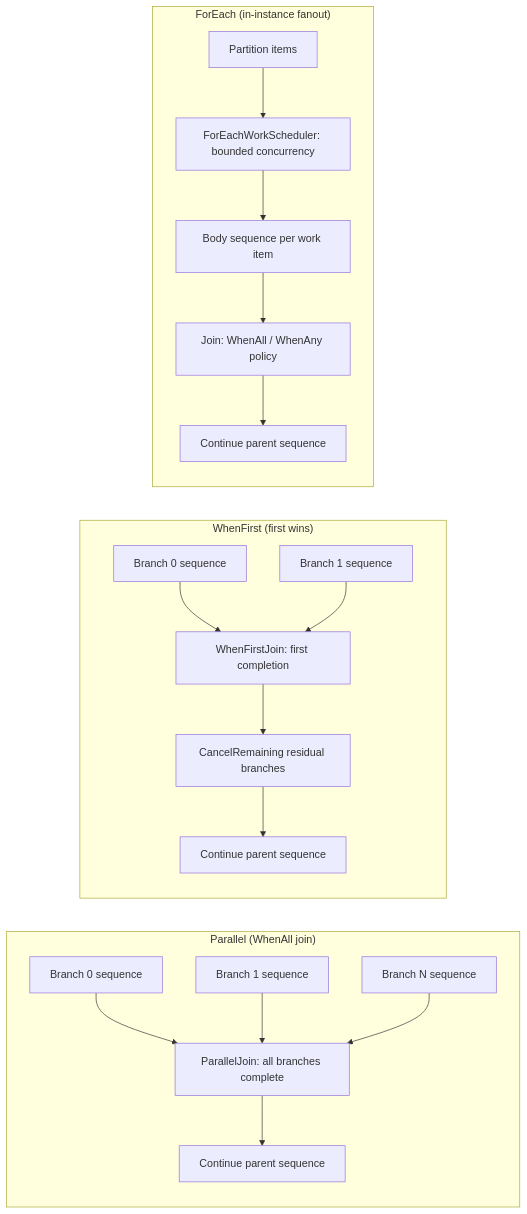
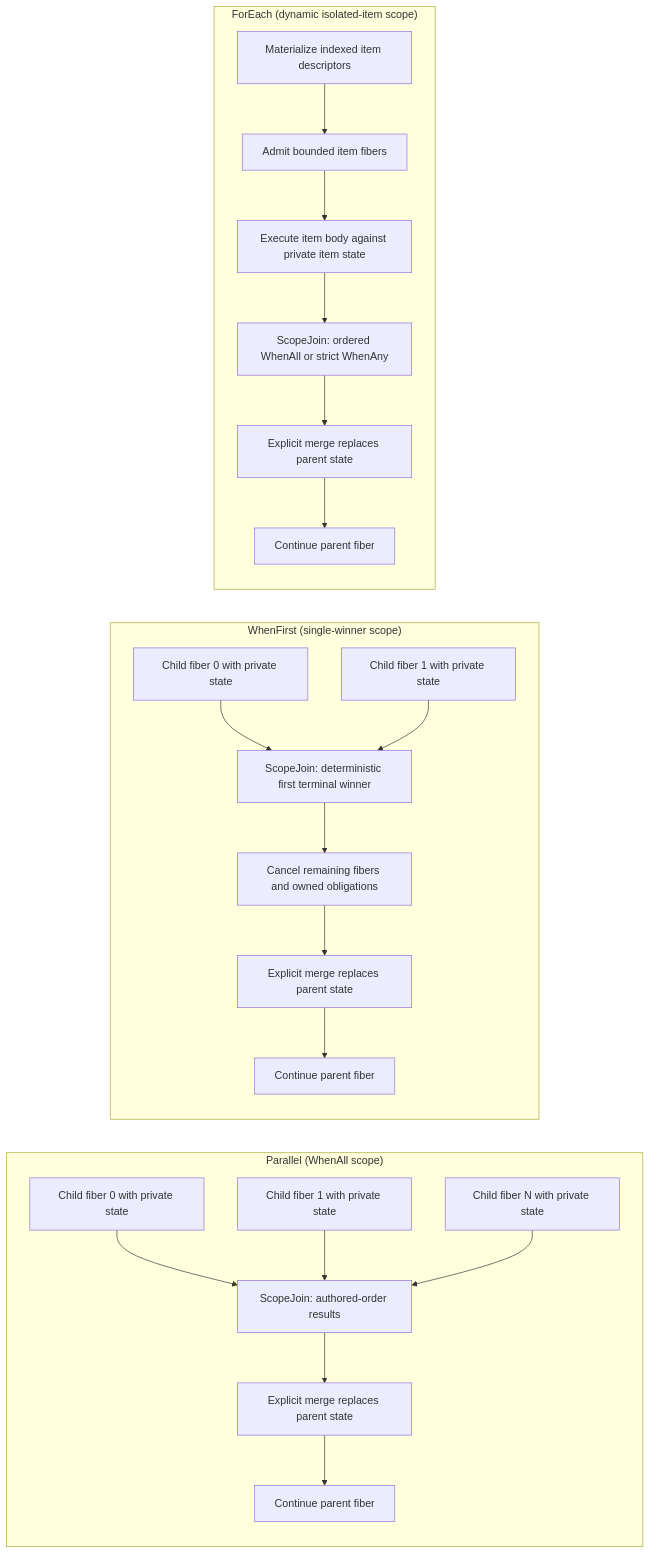
Diagram 15 of 18 in docs/ephemeral-engine-diagrams.md (dekrevedko/Workflow-orca), drawn with Mermaid before and after one commit. The commit also changed other lines of this file and 238 other files, not shown here.

````diff
--- a/docs/ephemeral-engine-diagrams.md
+++ b/docs/ephemeral-engine-diagrams.md
@@ -704,35 +697,38 @@
 ```mermaid
 flowchart LR
-  subgraph Parallel["Parallel (WhenAll join)"]
-    P1[Branch 0 sequence]
-    P2[Branch 1 sequence]
-    P3[Branch N sequence]
-    PJ[ParallelJoin: all branches complete]
-    PC[Continue parent sequence]
+  subgraph Parallel["Parallel (WhenAll scope)"]
+    P1[Child fiber 0 with private state]
+    P2[Child fiber 1 with private state]
+    P3[Child fiber N with private state]
+    PJ[ScopeJoin: authored-order results]
+    PM[Explicit merge replaces parent state]
+    PC[Continue parent fiber]
     P1 --> PJ
     P2 --> PJ
     P3 --> PJ
-    PJ --> PC
+    PJ --> PM --> PC
   end
 
-  subgraph WhenFirst["WhenFirst (first wins)"]
-    W1[Branch 0 sequence]
-    W2[Branch 1 sequence]
-    WJ[WhenFirstJoin: first completion]
-    WR[CancelRemaining residual branches]
-    WC[Continue parent sequence]
+  subgraph WhenFirst["WhenFirst (single-winner scope)"]
+    W1[Child fiber 0 with private state]
+    W2[Child fiber 1 with private state]
+    WJ[ScopeJoin: deterministic first terminal winner]
+    WR[Cancel remaining fibers and owned obligations]
+    WM[Explicit merge replaces parent state]
+    WC[Continue parent fiber]
     W1 --> WJ
     W2 --> WJ
     WJ --> WR
-    WR --> WC
+    WR --> WM --> WC
   end
 
-  subgraph ForEach["ForEach (in-instance fanout)"]
-    F1[Partition items]
-    F2[ForEachWorkScheduler: bounded concurrency]
-    F3[Body sequence per work item]
-    FJ[Join: WhenAll / WhenAny policy]
-    FC[Continue parent sequence]
-    F1 --> F2 --> F3 --> FJ --> FC
+  subgraph ForEach["ForEach (dynamic isolated-item scope)"]
+    F1[Materialize indexed item descriptors]
+    F2[Admit bounded item fibers]
+    F3[Execute item body against private item state]
+    FJ[ScopeJoin: ordered WhenAll or strict WhenAny]
+    FM[Explicit merge replaces parent state]
+    FC[Continue parent fiber]
+    F1 --> F2 --> F3 --> FJ --> FM --> FC
   end
 ```
````
